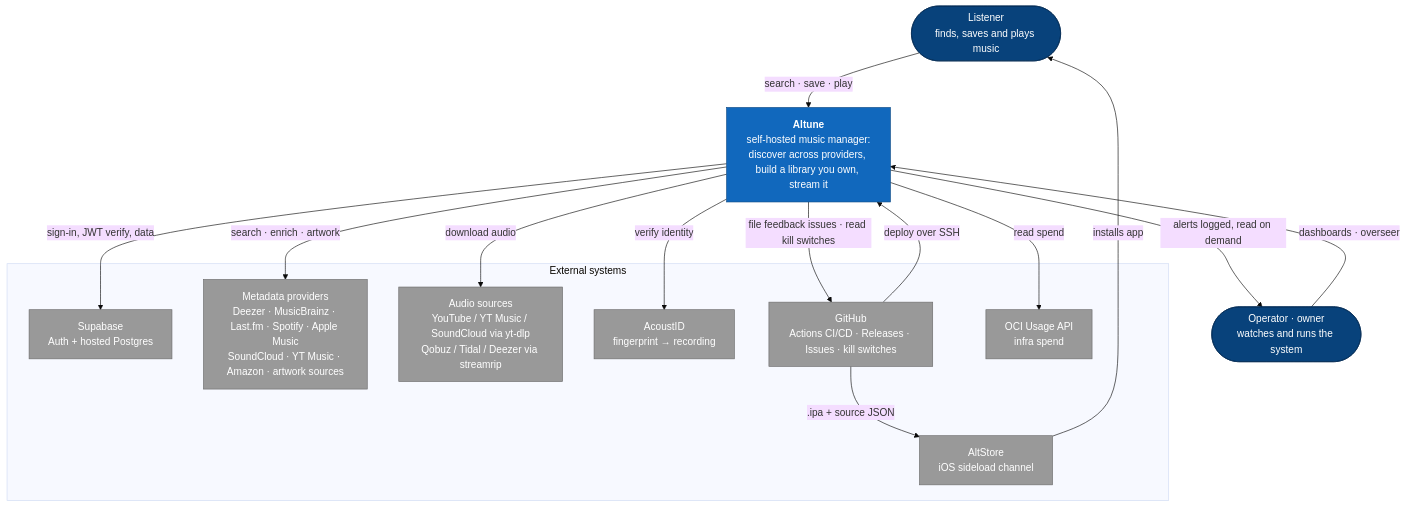
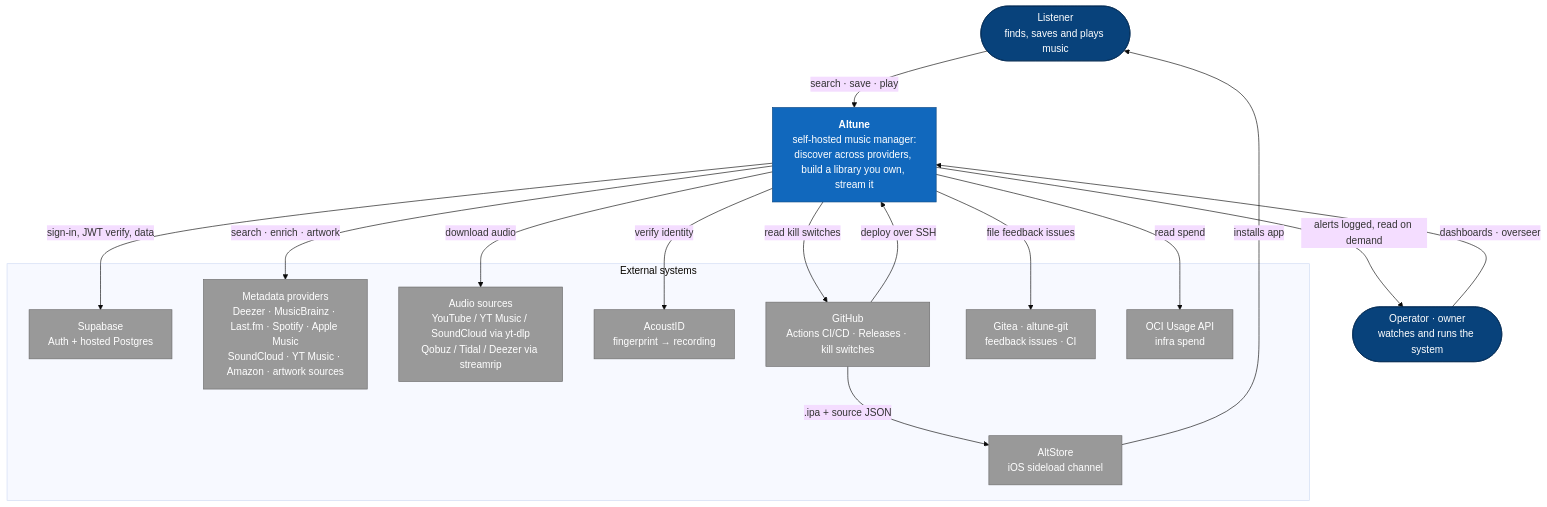
One commit to aleburrascano/altune changed the first of 3 diagrams in docs/diagrams/system.md. Above: the diagram before and after it, drawn with Mermaid (base theme). The commit also changed other lines of this file and 1 other file, not shown here.

Commit message:
docs(docs): add go-api components view to the C4 system diagram (#800)

````diff
--- a/docs/diagrams/system.md
+++ b/docs/diagrams/system.md
@@ -7,37 +7,39 @@
 ```mermaid
 flowchart TD
     listener(["Listener<br/>finds, saves and plays music"])
     operator(["Operator · owner<br/>watches and runs the system"])
 
     altune["<b>Altune</b><br/>self-hosted music manager:<br/>discover across providers, build a library you own, stream it"]
 
     subgraph ext [External systems]
         supa["Supabase<br/>Auth + hosted Postgres"]
         meta["Metadata providers<br/>Deezer · MusicBrainz · Last.fm · Spotify · Apple Music<br/>SoundCloud · YT Music · Amazon · artwork sources"]
         sources["Audio sources<br/>YouTube / YT Music / SoundCloud via yt-dlp<br/>Qobuz / Tidal / Deezer via streamrip"]
         acoustid["AcoustID<br/>fingerprint → recording"]
-        github["GitHub<br/>Actions CI/CD · Releases · Issues · kill switches"]
+        github["GitHub<br/>Actions CI/CD · Releases · kill switches"]
+        gitea["Gitea · altune-git<br/>feedback issues · CI"]
         altstore["AltStore<br/>iOS sideload channel"]
         ociusage["OCI Usage API<br/>infra spend"]
     end
 
     listener -->|search · save · play| altune
     operator -->|dashboards · overseer| altune
     altune -->|sign-in, JWT verify, data| supa
     altune -->|search · enrich · artwork| meta
     altune -->|download audio| sources
     altune -->|verify identity| acoustid
-    altune -->|file feedback issues · read kill switches| github
+    altune -->|read kill switches| github
+    altune -->|file feedback issues| gitea
     github -->|deploy over SSH| altune
     altune -->|alerts logged, read on demand| operator
     altstore -->|installs app| listener
     github -->|.ipa + source JSON| altstore
     altune -->|read spend| ociusage
 
     classDef sys fill:#1168bd,color:#fff,stroke:#0b4884
     classDef person fill:#08427b,color:#fff,stroke:#052e56
     classDef external fill:#999,color:#fff,stroke:#6b6b6b
     class altune sys
     class listener,operator person
-    class supa,meta,sources,acoustid,github,altstore,ociusage external
+    class supa,meta,sources,acoustid,github,gitea,altstore,ociusage external
 ```
````
